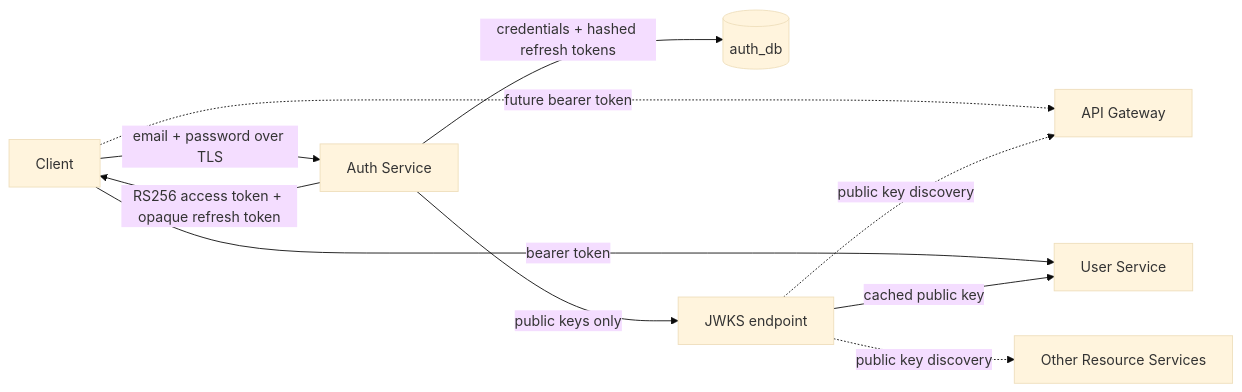
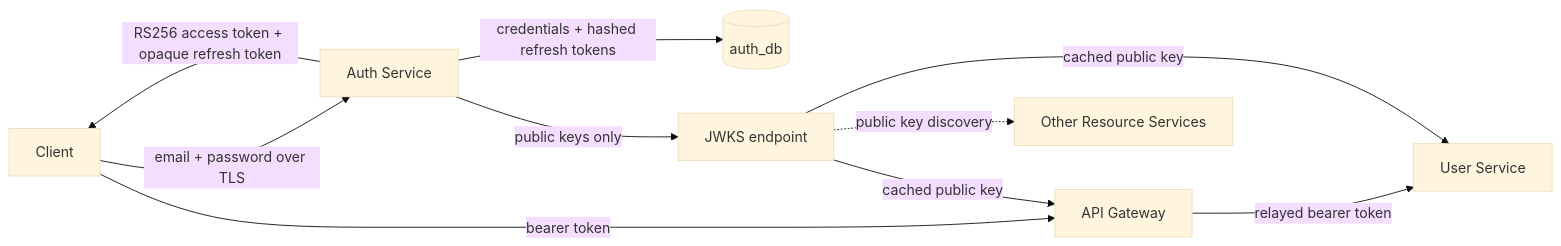
The diagram in docs/architecture/security.md (tranverse/ecommerce-microservices), drawn with Mermaid (base theme) before and after one commit. The commit also changed other lines of this file and 9 other files, not shown here.

Commit message:
docs(gateway): document edge security and request flow

````diff
--- a/docs/architecture/security.md
+++ b/docs/architecture/security.md
@@ -9,12 +9,12 @@
 ```mermaid
 flowchart LR
     Client -->|email + password over TLS| Auth[Auth Service]
     Auth -->|credentials + hashed refresh tokens| DB[(auth_db)]
     Auth -->|RS256 access token + opaque refresh token| Client
     Auth -->|public keys only| JWKS[JWKS endpoint]
-    Client -->|bearer token| User[User Service]
-    Client -. future bearer token .-> Gateway[API Gateway]
-    JWKS -. public key discovery .-> Gateway
+    Client -->|bearer token| Gateway[API Gateway]
+    Gateway -->|relayed bearer token| User[User Service]
+    JWKS -->|cached public key| Gateway
     JWKS -->|cached public key| User
     JWKS -. public key discovery .-> Services[Other Resource Services]
 ```
````
